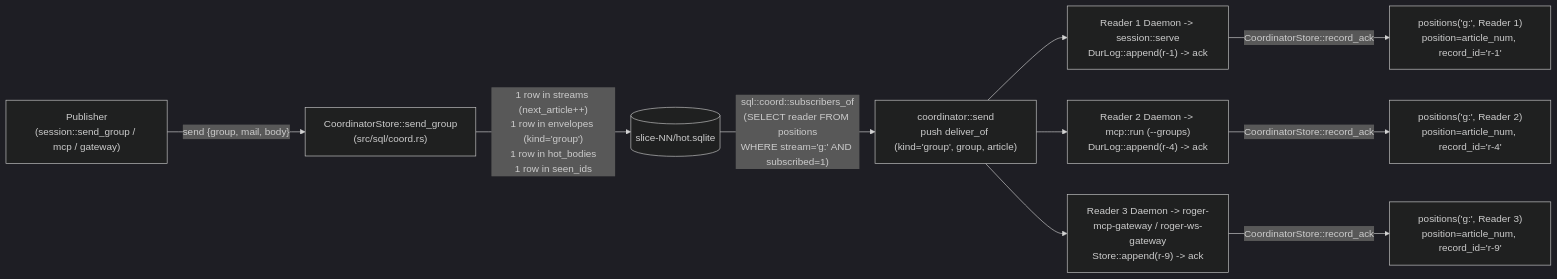
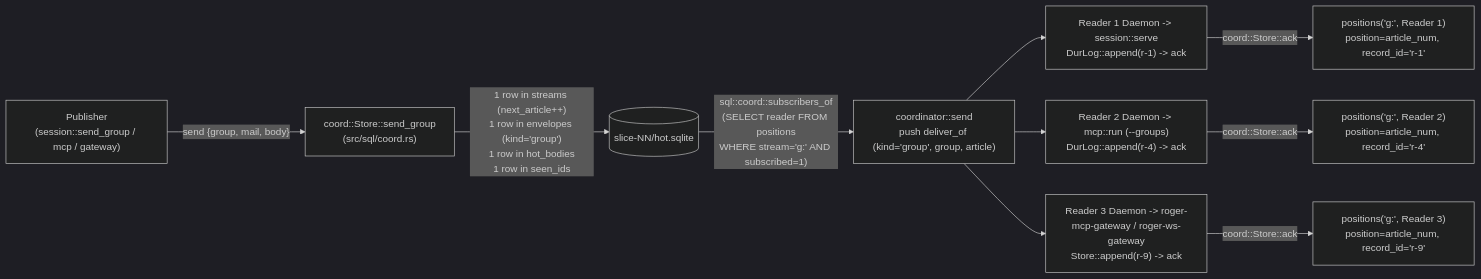
One commit to JangMan-J/roger-wilco changed the fourth of 5 diagrams in docs/STORAGE.md. Above: the diagram before and after it, drawn with Mermaid (dark theme). The commit also changed other lines of this file and 14 other files, not shown here.

````diff
--- a/docs/STORAGE.md
+++ b/docs/STORAGE.md
@@ -123,14 +123,14 @@
 ```mermaid
 flowchart LR
-    P["Publisher\n(session::send_group / mcp / gateway)"] -- "send {group, mail, body}" --> CS["CoordinatorStore::send_group\n(src/sql/coord.rs)"]
+    P["Publisher\n(session::send_group / mcp / gateway)"] -- "send {group, mail, body}" --> CS["coord::Store::send_group\n(src/sql/coord.rs)"]
     CS -- "1 row in streams (next_article++)\n1 row in envelopes (kind='group')\n1 row in hot_bodies\n1 row in seen_ids" --> SDB[("slice-NN/hot.sqlite")]
     SDB -- "sql::coord::subscribers_of\n(SELECT reader FROM positions\nWHERE stream='g:<group>' AND subscribed=1)" --> FAN["coordinator::send\npush deliver_of (kind='group', group, article)"]
 
     FAN --> R1["Reader 1 Daemon -> session::serve\nDurLog::append(r-1) -> ack"]
     FAN --> R2["Reader 2 Daemon -> mcp::run (--groups)\nDurLog::append(r-4) -> ack"]
     FAN --> R3["Reader 3 Daemon -> roger-mcp-gateway / roger-ws-gateway\nStore::append(r-9) -> ack"]
 
-    R1 -- "CoordinatorStore::record_ack" --> POS1["positions('g:<group>', Reader 1)\nposition=article_num, record_id='r-1'"]
-    R2 -- "CoordinatorStore::record_ack" --> POS2["positions('g:<group>', Reader 2)\nposition=article_num, record_id='r-4'"]
-    R3 -- "CoordinatorStore::record_ack" --> POS3["positions('g:<group>', Reader 3)\nposition=article_num, record_id='r-9'"]
+    R1 -- "coord::Store::ack" --> POS1["positions('g:<group>', Reader 1)\nposition=article_num, record_id='r-1'"]
+    R2 -- "coord::Store::ack" --> POS2["positions('g:<group>', Reader 2)\nposition=article_num, record_id='r-4'"]
+    R3 -- "coord::Store::ack" --> POS3["positions('g:<group>', Reader 3)\nposition=article_num, record_id='r-9'"]
 ```
````
